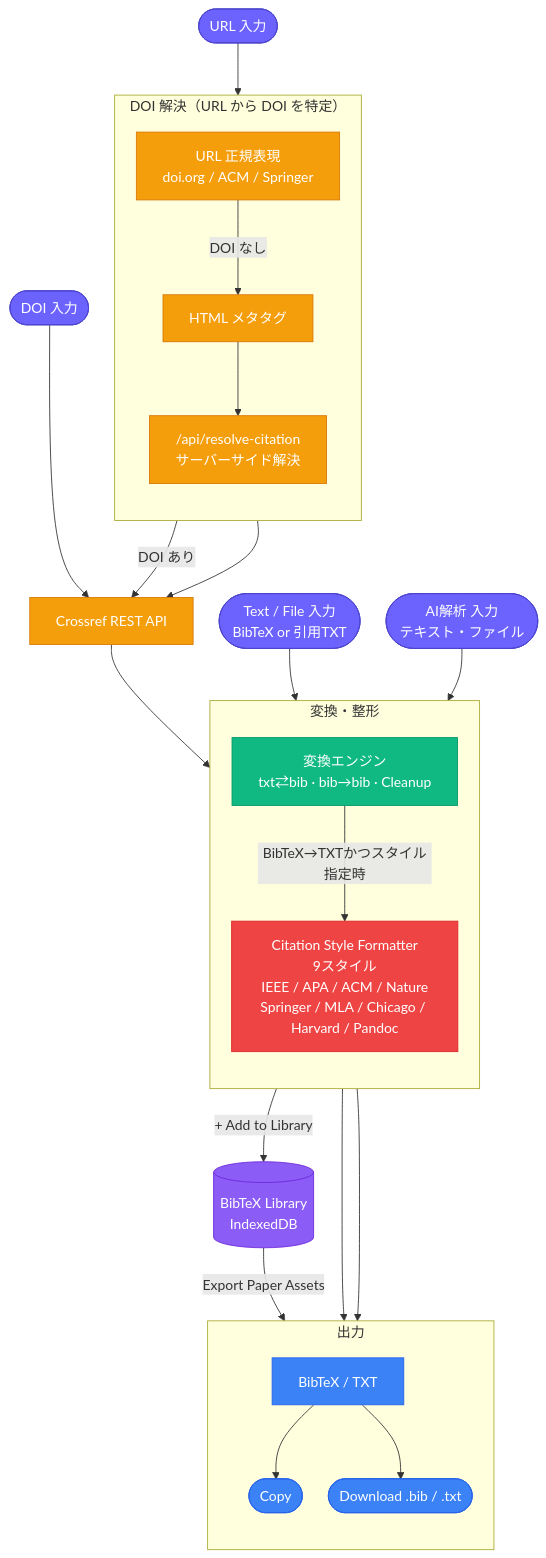
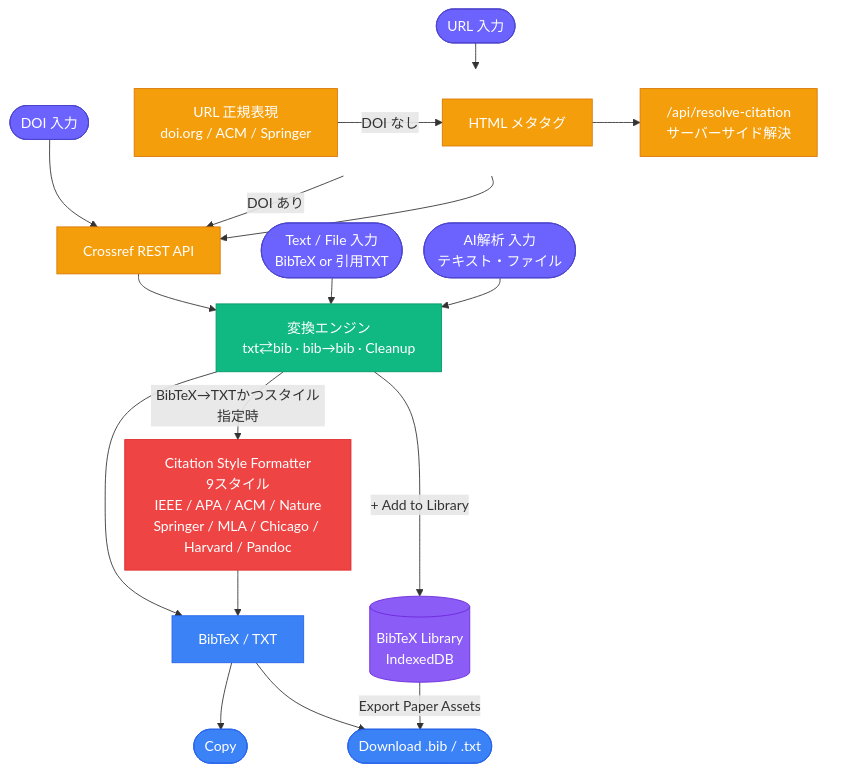
Before and after one commit to Axe0320/latex-research-toolkit: the first of 3 diagrams in docs/architecture/citation.md, drawn with Mermaid. The commit also changed 4 other files, not shown here.

First line of the commit message:
アーキテクチャ図の不要な枠を撤去し縦幅を短縮

````diff
--- a/docs/architecture/citation.md
+++ b/docs/architecture/citation.md
@@ -15,55 +15,49 @@
 ```mermaid
-%%{init: {'flowchart': {'nodeSpacing': 30, 'rankSpacing': 60}}}%%
+%%{init: {'flowchart': {'nodeSpacing': 25, 'rankSpacing': 30}}}%%
 flowchart TD
     classDef input  fill:#6C63FF,color:#fff,stroke:#4a44cc
     classDef api    fill:#F59E0B,color:#fff,stroke:#D97706
     classDef parse  fill:#10B981,color:#fff,stroke:#059669
     classDef format fill:#EF4444,color:#fff,stroke:#DC2626
     classDef out    fill:#3B82F6,color:#fff,stroke:#2563EB
     classDef store  fill:#8B5CF6,color:#fff,stroke:#6D28D9
 
+    U(["URL 入力"]):::input
+    D(["DOI 入力"]):::input
     T(["Text / File 入力<br/>BibTeX or 引用TXT"]):::input
     AI(["AI解析 入力<br/>テキスト・ファイル"]):::input
-    D(["DOI 入力"]):::input
-    U(["URL 入力"]):::input
 
-    subgraph RESOLVE["DOI 解決（URL から DOI を特定）"]
-        direction TB
+    subgraph RESOLVE[" "]
+        direction LR
         RX["URL 正規表現<br/>doi.org / ACM / Springer"]:::api
         META[HTML メタタグ]:::api
         PROXY["/api/resolve-citation<br/>サーバーサイド解決"]:::api
         RX -->|"DOI なし"| META --> PROXY
     end
+    style RESOLVE fill:transparent,stroke:transparent
 
     CR[Crossref REST API]:::api
+    CV["変換エンジン<br/>txt⇄bib · bib→bib · Cleanup"]:::parse
+    SF["Citation Style Formatter<br/>9スタイル<br/>IEEE / APA / ACM / Nature<br/>Springer / MLA / Chicago / Harvard / Pandoc"]:::format
 
-    subgraph PROC["変換・整形"]
-        direction TB
-        CV["変換エンジン<br/>txt⇄bib · bib→bib · Cleanup"]:::parse
-        SF["Citation Style Formatter<br/>9スタイル<br/>IEEE / APA / ACM / Nature<br/>Springer / MLA / Chicago / Harvard / Pandoc"]:::format
-        CV -->|"BibTeX→TXTかつスタイル指定時"| SF
-    end
-
-    subgraph OUT["出力"]
-        direction TB
-        OP[BibTeX / TXT]:::out
-        CP([Copy]):::out
-        DL([Download .bib / .txt]):::out
-        OP --> CP
-        OP --> DL
-    end
+    OP[BibTeX / TXT]:::out
+    CP([Copy]):::out
+    DL([Download .bib / .txt]):::out
 
     LIB[("BibTeX Library<br/>IndexedDB")]:::store
 
     U --> RX
+    RX -->|"DOI あり"| CR
     D --> CR
-    RX -->|"DOI あり"| CR
     PROXY --> CR
     CR --> CV
     T --> CV
     AI --> CV
+    CV -->|"BibTeX→TXTかつスタイル指定時"| SF
     CV --> OP
     SF --> OP
+    OP --> CP
+    OP --> DL
     CV -->|"+ Add to Library"| LIB
     LIB -->|"Export Paper Assets"| DL
 ```
````
